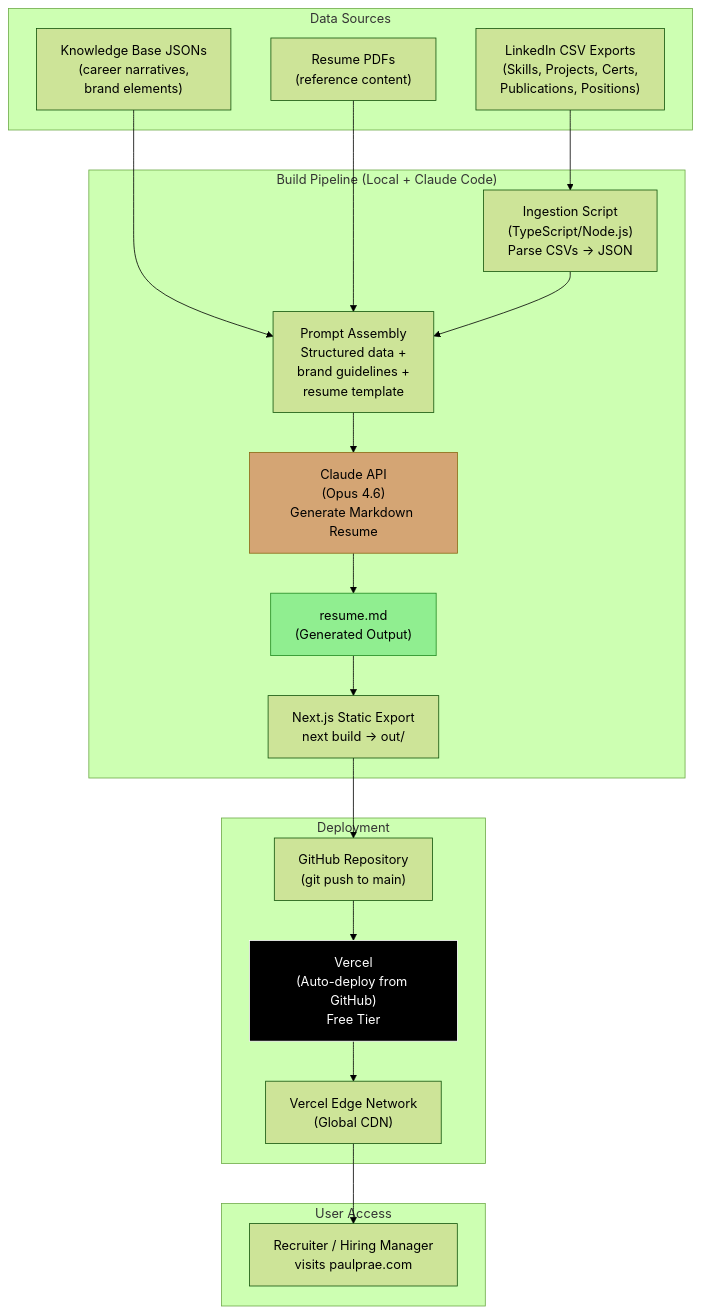
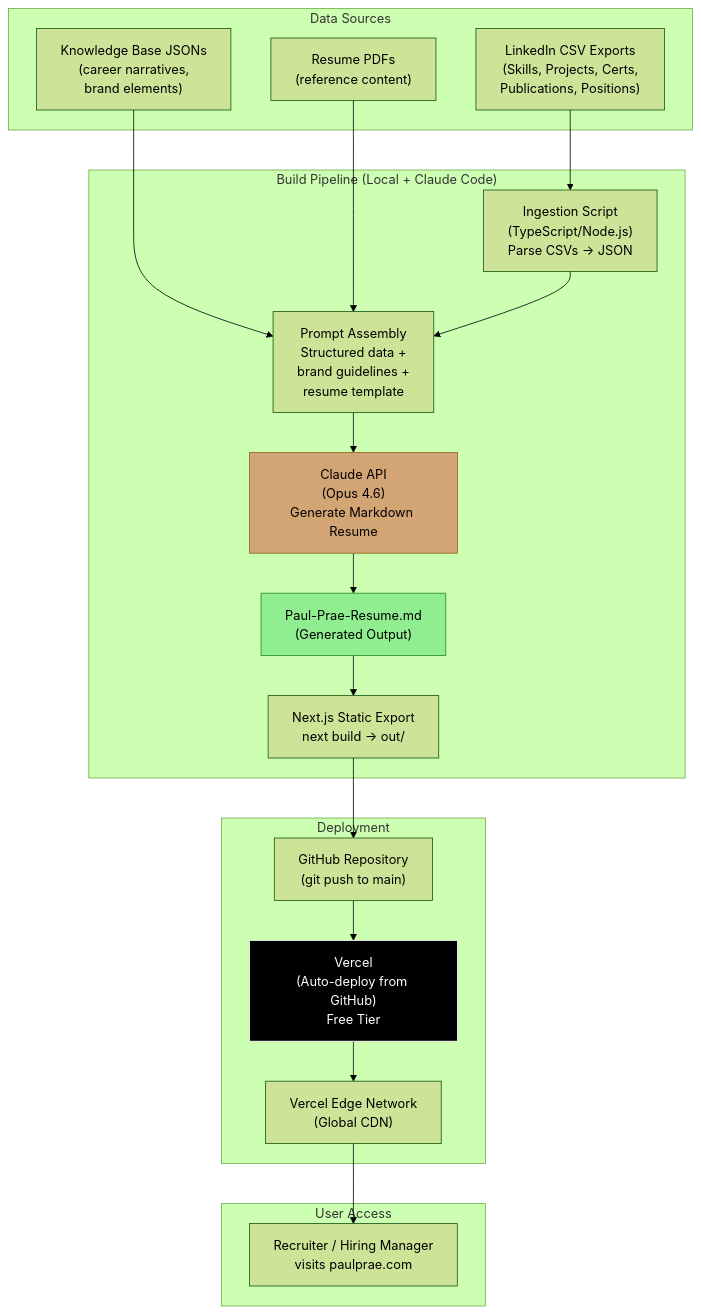
One commit to praeducer/paulprae-com changed the first of 3 diagrams in docs/technical-design-document.md. Above: the diagram before and after it, drawn with Mermaid (forest theme). The commit also changed other lines of this file and 12 other files, not shown here.

````diff
--- a/docs/technical-design-document.md
+++ b/docs/technical-design-document.md
@@ -154,42 +154,42 @@
 ```mermaid
 graph TB
     subgraph "Data Sources"
         LI["LinkedIn CSV Exports<br/>(Skills, Projects, Certs,<br/>Publications, Positions)"]
         KB["Knowledge Base JSONs<br/>(career narratives,<br/>brand elements)"]
         PDF["Resume PDFs<br/>(reference content)"]
     end
 
     subgraph "Build Pipeline (Local + Claude Code)"
         INGEST["Ingestion Script<br/>(TypeScript/Node.js)<br/>Parse CSVs → JSON"]
         PROMPT["Prompt Assembly<br/>Structured data +<br/>brand guidelines +<br/>resume template"]
         CLAUDE_GEN["Claude API<br/>(Opus 4.6)<br/>Generate Markdown Resume"]
-        MD["resume.md<br/>(Generated Output)"]
+        MD["Paul-Prae-Resume.md<br/>(Generated Output)"]
         NEXT_BUILD["Next.js Static Export<br/>next build → out/"]
     end
 
     subgraph "Deployment"
         GIT["GitHub Repository<br/>(git push to main)"]
         VERCEL["Vercel<br/>(Auto-deploy from GitHub)<br/>Free Tier"]
         CDN["Vercel Edge Network<br/>(Global CDN)"]
     end
 
     subgraph "User Access"
         BROWSER["Recruiter / Hiring Manager<br/>visits paulprae.com"]
     end
 
     LI --> INGEST
     KB --> PROMPT
     PDF --> PROMPT
     INGEST --> PROMPT
     PROMPT --> CLAUDE_GEN
     CLAUDE_GEN --> MD
     MD --> NEXT_BUILD
     NEXT_BUILD --> GIT
     GIT --> VERCEL
     VERCEL --> CDN
     CDN --> BROWSER
 
     style CLAUDE_GEN fill:#D4A574,stroke:#8B6914,color:#000
     style VERCEL fill:#000,stroke:#fff,color:#fff
     style MD fill:#90EE90,stroke:#228B22,color:#000
 ```
````
